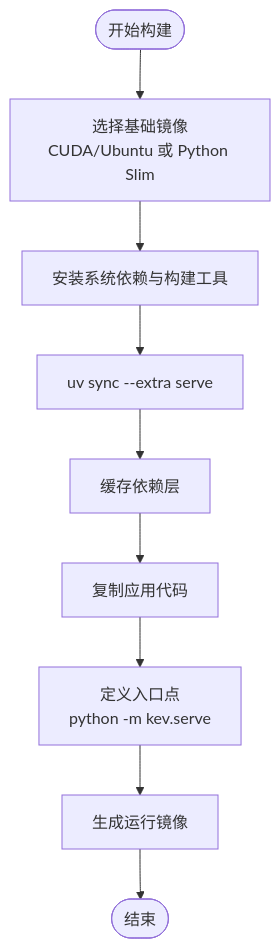
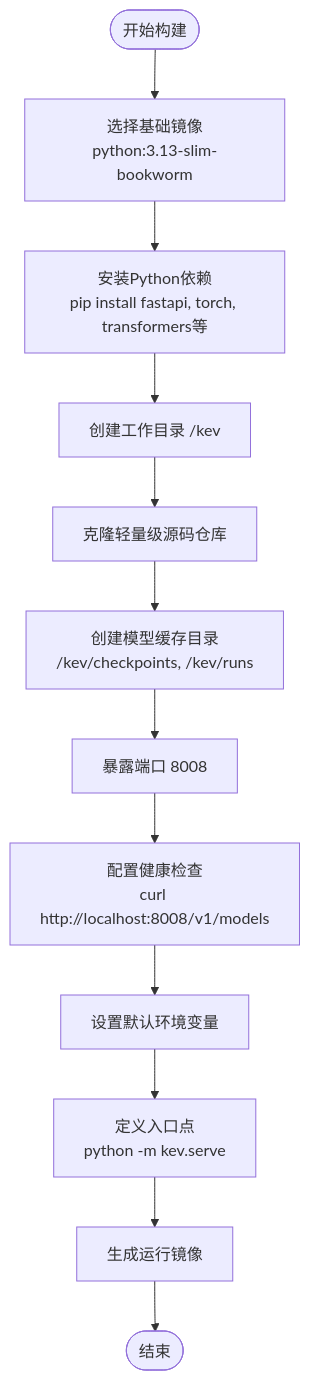
One commit to joezxh/kev changed the third of 10 diagrams in .qoder/repowiki/zh/content/部署指南/容器化部署/容器化部署.md. Above: the diagram before and after it, drawn with Mermaid. The commit also changed other lines of this file and 100 other files, not shown here.

````diff
--- a/.qoder/repowiki/zh/content/部署指南/容器化部署/容器化部署.md
+++ b/.qoder/repowiki/zh/content/部署指南/容器化部署/容器化部署.md
@@ -127,11 +167,14 @@
 ```mermaid
 flowchart TD
-Start(["开始构建"]) --> Base["选择基础镜像<br/>CUDA/Ubuntu 或 Python Slim"]
-Base --> Install["安装系统依赖与构建工具"]
-Install --> UV["uv sync --extra serve"]
-UV --> Cache["缓存依赖层"]
-Cache --> CopyApp["复制应用代码"]
-CopyApp --> Entrypoint["定义入口点<br/>python -m kev.serve"]
+Start(["开始构建"]) --> Base["选择基础镜像<br/>python:3.13-slim-bookworm"]
+Base --> Install["安装Python依赖<br/>pip install fastapi, torch, transformers等"]
+Install --> Workdir["创建工作目录 /kev"]
+Workdir --> Clone["克隆轻量级源码仓库"]
+Clone --> Cache["创建模型缓存目录<br/>/kev/checkpoints, /kev/runs"]
+Cache --> Expose["暴露端口 8008"]
+Expose --> Health["配置健康检查<br/>curl http://localhost:8008/v1/models"]
+Health --> Env["设置默认环境变量"]
+Env --> Entrypoint["定义入口点<br/>python -m kev.serve"]
 Entrypoint --> Final["生成运行镜像"]
 Final --> End(["结束"])
 ```
````
